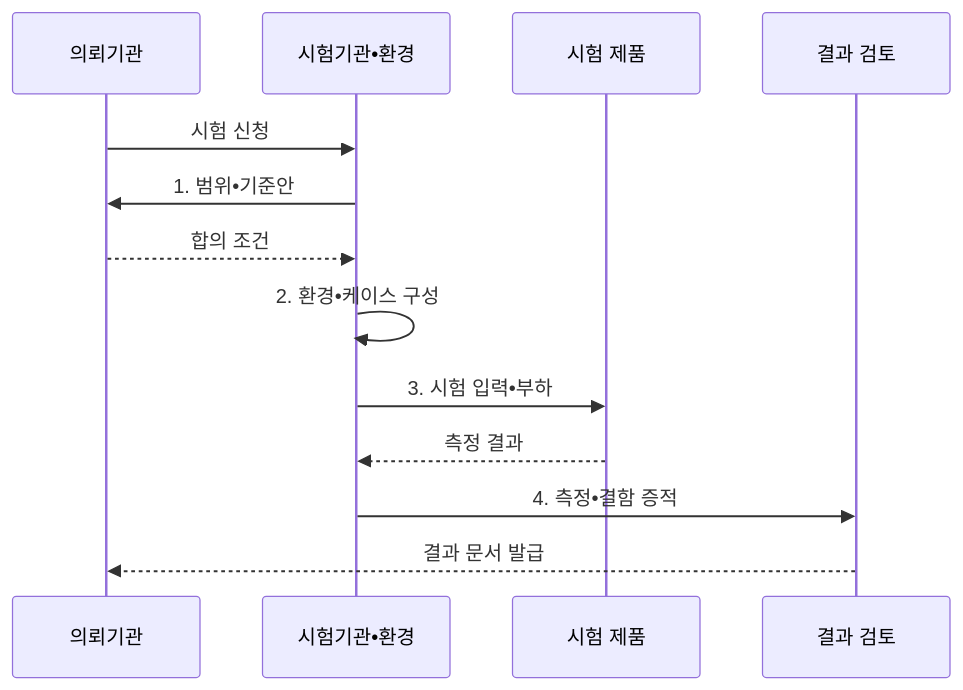
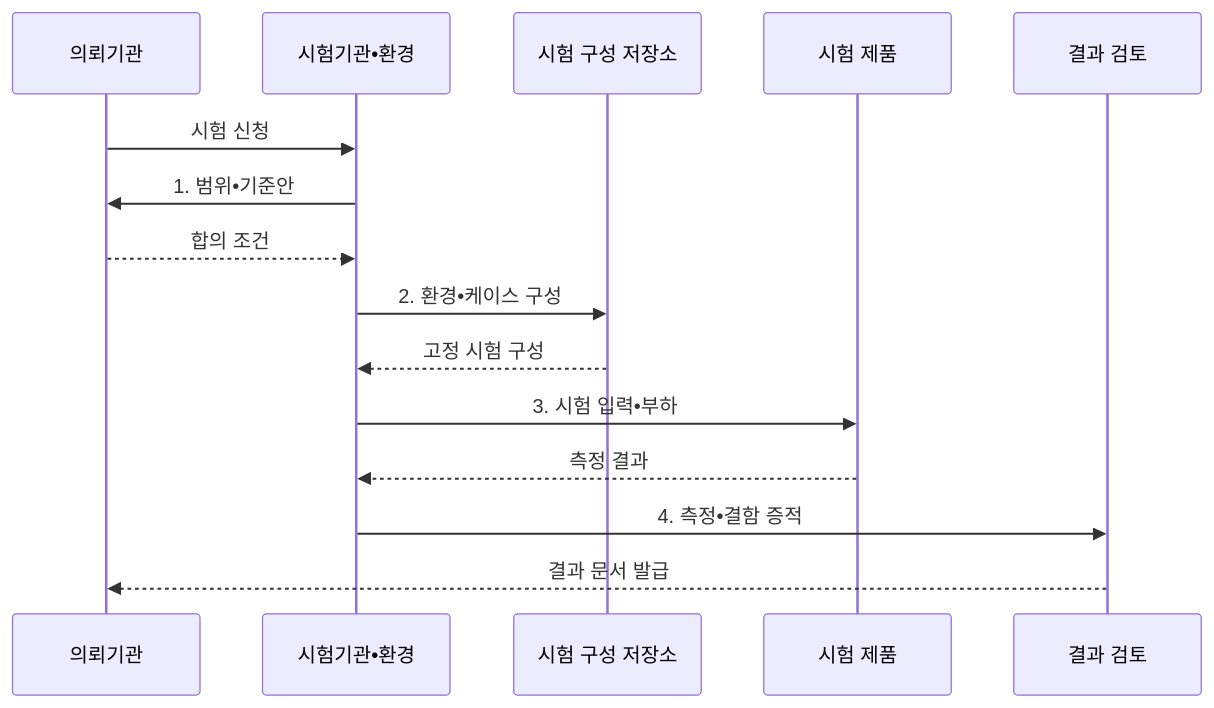
Before and after one commit to agnusdei1207/knowledge-base: the second of 2 diagrams in src/content/docs/notes/03-software/186_tta_sw_quality_test.md, drawn with Mermaid. The commit also changed other lines of this file and 7 other files, not shown here.

````diff
--- a/src/content/docs/notes/03-software/186_tta_sw_quality_test.md
+++ b/src/content/docs/notes/03-software/186_tta_sw_quality_test.md
@@ -104,15 +104,17 @@
 ```mermaid
 sequenceDiagram
     participant C as 의뢰기관
     participant T as 시험기관•환경
+    participant E as 시험 구성 저장소
     participant P as 시험 제품
     participant R as 결과 검토
     C->>T: 시험 신청
     T->>C: 1. 범위•기준안
     C-->>T: 합의 조건
-    T->>T: 2. 환경•케이스 구성
+    T->>E: 2. 환경•케이스 구성
+    E-->>T: 고정 시험 구성
     T->>P: 3. 시험 입력•부하
     P-->>T: 측정 결과
     T->>R: 4. 측정•결함 증적
     R-->>C: 결과 문서 발급
 ```
````
